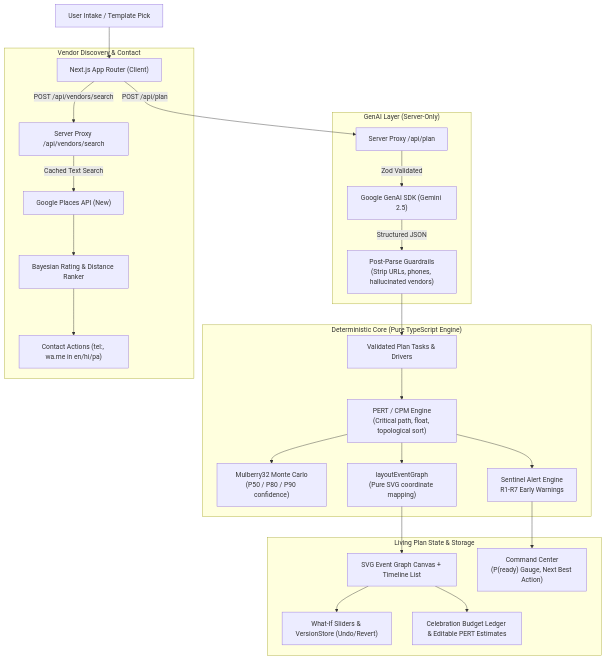
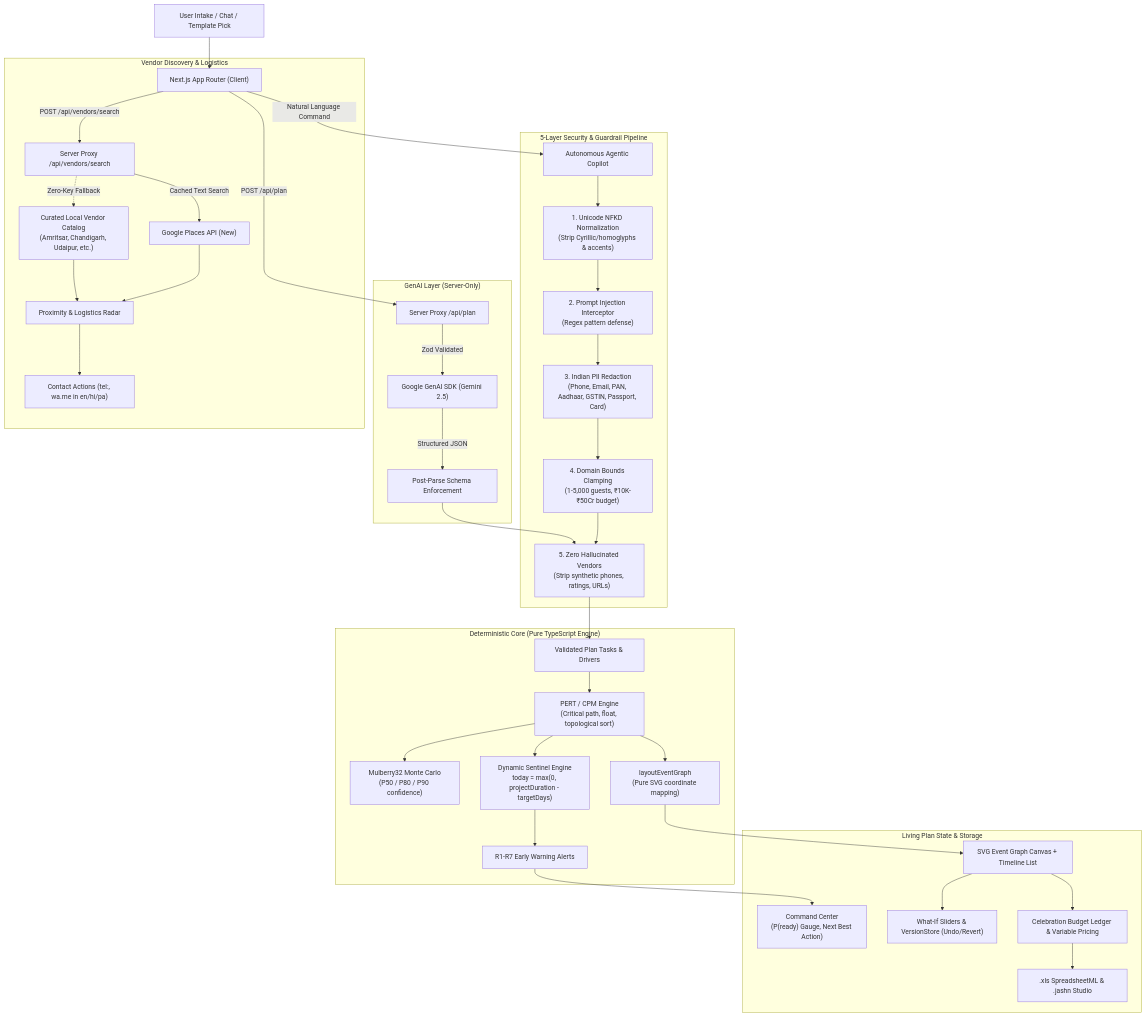
The diagram in README.md (swaritbkp/PW_VR_oc_5), drawn with Mermaid before and after one commit. The commit also changed other lines of this file and 32 other files, not shown here.

Commit message:
feat(release): comprehensive 4-phase overhaul, agentic copilot, AST & resilience fixes, take 6 demo video

````diff
--- a/README.md
+++ b/README.md
@@ -30,32 +33,46 @@
 ```mermaid
 flowchart TD
-    User["User Intake / Template Pick"] --> ClientAPI["Next.js App Router (Client)"]
+    User["User Intake / Chat / Template Pick"] --> ClientAPI["Next.js App Router (Client)"]
     ClientAPI -->|POST /api/plan| PlanRoute["Server Proxy /api/plan"]
+    ClientAPI -->|Natural Language Command| Copilot["Autonomous Agentic Copilot"]
+
+    subgraph "5-Layer Security & Guardrail Pipeline"
+        Copilot --> NFKD["1. Unicode NFKD Normalization\n(Strip Cyrillic/homoglyphs & accents)"]
+        NFKD --> Injection["2. Prompt Injection Interceptor\n(Regex pattern defense)"]
+        Injection --> PII["3. Indian PII Redaction\n(Phone, Email, PAN, Aadhaar, GSTIN, Passport, Card)"]
+        PII --> Bounds["4. Domain Bounds Clamping\n(1-5,000 guests, ₹10K-₹50Cr budget)"]
+        Bounds --> SafeVendor["5. Zero Hallucinated Vendors\n(Strip synthetic phones, ratings, URLs)"]
+    end
 
     subgraph "GenAI Layer (Server-Only)"
         PlanRoute -->|Zod Validated| Gemini["Google GenAI SDK (Gemini 2.5)"]
-        Gemini -->|Structured JSON| Guardrails["Post-Parse Guardrails\n(Strip URLs, phones, hallucinated vendors)"]
+        Gemini -->|Structured JSON| PostParse["Post-Parse Schema Enforcement"]
+        PostParse --> SafeVendor
     end
 
     subgraph "Deterministic Core (Pure TypeScript Engine)"
-        Guardrails --> PlanTasks["Validated Plan Tasks & Drivers"]
+        SafeVendor --> PlanTasks["Validated Plan Tasks & Drivers"]
         PlanTasks --> CPM["PERT / CPM Engine\n(Critical path, float, topological sort)"]
         CPM --> MonteCarlo["Mulberry32 Monte Carlo\n(P50 / P80 / P90 confidence)"]
         CPM --> Layout["layoutEventGraph\n(Pure SVG coordinate mapping)"]
-        CPM --> Sentinel["Sentinel Alert Engine\nR1-R7 Early Warnings"]
+        CPM --> DynamicSentinel["Dynamic Sentinel Engine\ntoday = max(0, projectDuration - targetDays)"]
+        DynamicSentinel --> Alerts["R1-R7 Early Warning Alerts"]
     end
 
-    subgraph "Vendor Discovery & Contact"
+    subgraph "Vendor Discovery & Logistics"
         ClientAPI -->|POST /api/vendors/search| PlacesRoute["Server Proxy /api/vendors/search"]
         PlacesRoute -->|Cached Text Search| GooglePlaces["Google Places API (New)"]
-        GooglePlaces --> Ranker["Bayesian Rating & Distance Ranker"]
-        Ranker --> Contact["Contact Actions (tel:, wa.me in en/hi/pa)"]
+        PlacesRoute -.->|Zero-Key Fallback| VerifiedCatalog["Curated Local Vendor Catalog\n(Amritsar, Chandigarh, Udaipur, etc.)"]
+        GooglePlaces --> Radar["Proximity & Logistics Radar"]
+        VerifiedCatalog --> Radar
+        Radar --> Contact["Contact Actions (tel:, wa.me in en/hi/pa)"]
     end
 
     subgraph "Living Plan State & Storage"
         Layout --> Canvas["SVG Event Graph Canvas + Timeline List"]
-        Sentinel --> CommandCenter["Command Center\n(P(ready) Gauge, Next Best Action)"]
+        Alerts --> CommandCenter["Command Center\n(P(ready) Gauge, Next Best Action)"]
         Canvas --> WhatIf["What-If Sliders & VersionStore (Undo/Revert)"]
-        Canvas --> Ledger["Celebration Budget Ledger & Editable PERT Estimates"]
+        Canvas --> Ledger["Celebration Budget Ledger & Variable Pricing"]
+        Ledger --> Portability[".xls SpreadsheetML & .jashn Studio"]
     end
 ```
````
